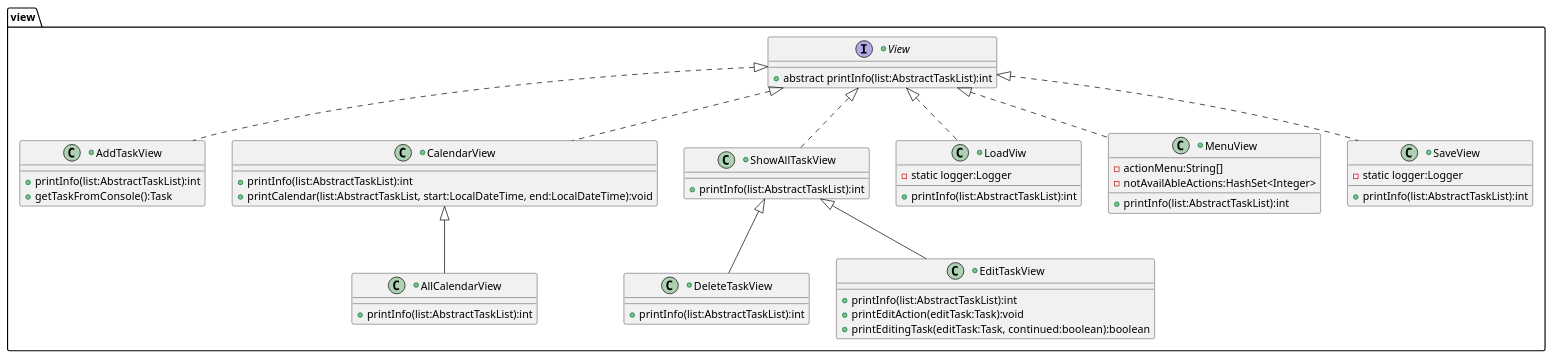
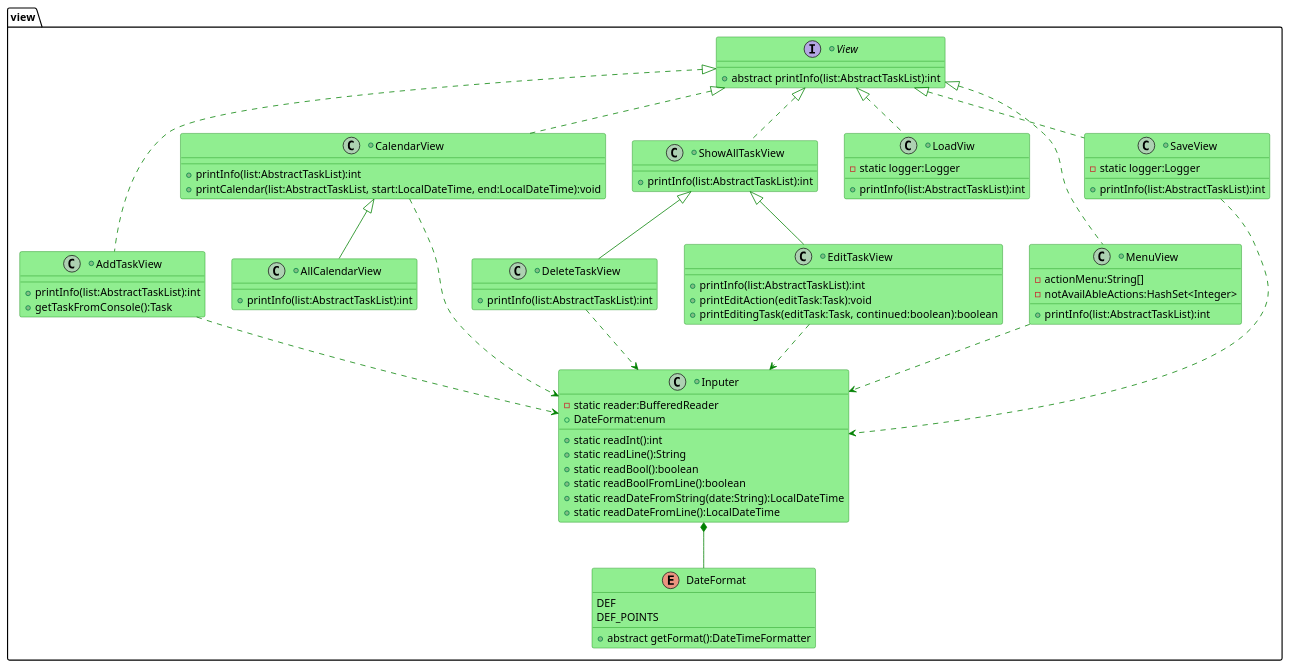
One commit to Igorstar23/TaskManager changed the diagram in ClassDiagramView.puml. Above: the diagram before and after it, drawn with PlantUML. The commit also changed 17 other files, not shown here.

Commit message:
pr10: edit diagrams, add package diagram and move class Inputer to package view

```diff
--- a/ClassDiagramView.puml
+++ b/ClassDiagramView.puml
@@ -1,54 +1,86 @@
 @startuml
 'https://plantuml.com/class-diagram
+
+skinparam class {
+  ' задаем светлозеленый цвет для фона классов по умолчанию
+  BackgroundColor LightGreen
+  ' задаем синий цвет для связей классов по умолчанию
+  ArrowColor      Green
+  ' задаем красный цвет для контуров классов по умолчанию
+  BorderColor     Green
+}
 
 package "view" {
     +interface View {
         +abstract printInfo(list:AbstractTaskList):int
     }
 
     +class AddTaskView implements View {
           +printInfo(list:AbstractTaskList):int
           +getTaskFromConsole():Task
     }
 
     +class AllCalendarView extends CalendarView {
           +printInfo(list:AbstractTaskList):int
     }
 
     +class CalendarView implements View {
           +printInfo(list:AbstractTaskList):int
           +printCalendar(list:AbstractTaskList, start:LocalDateTime, end:LocalDateTime):void
     }
 
     +class DeleteTaskView extends ShowAllTaskView {
           +printInfo(list:AbstractTaskList):int
     }
 
     +class EditTaskView extends ShowAllTaskView {
           +printInfo(list:AbstractTaskList):int
           +printEditAction(editTask:Task):void
           +printEditingTask(editTask:Task, continued:boolean):boolean
     }
 
     +class LoadViw implements View {
           -static logger:Logger
           +printInfo(list:AbstractTaskList):int
     }
 
     +class MenuView implements View {
           -actionMenu:String[]
           -notAvailAbleActions:HashSet<Integer>
           +printInfo(list:AbstractTaskList):int
     }
 
     +class SaveView implements View {
           -static logger:Logger
           +printInfo(list:AbstractTaskList):int
     }
 
     +class ShowAllTaskView implements View {
           +printInfo(list:AbstractTaskList):int
     }
+
+    +class Inputer {
+              -static reader:BufferedReader
+              +DateFormat:enum
+              +static readInt():int
+              +static readLine():String
+              +static readBool():boolean
+              +static readBoolFromLine():boolean
+              +static readDateFromString(date:String):LocalDateTime
+              +static readDateFromLine():LocalDateTime
+        }
+        enum DateFormat {
+             DEF
+             DEF_POINTS
+             +abstract getFormat():DateTimeFormatter
+        }
+        Inputer *-- DateFormat
+        AddTaskView ..> Inputer
+        CalendarView ..> Inputer
+        DeleteTaskView ..> Inputer
+        EditTaskView ..> Inputer
+        MenuView ..> Inputer
+        SaveView ..> Inputer
 }
 
 @enduml
```
